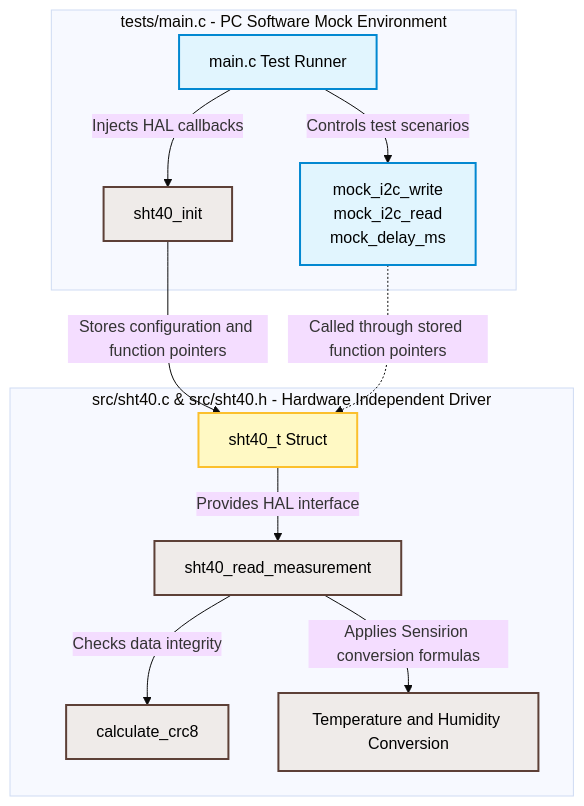
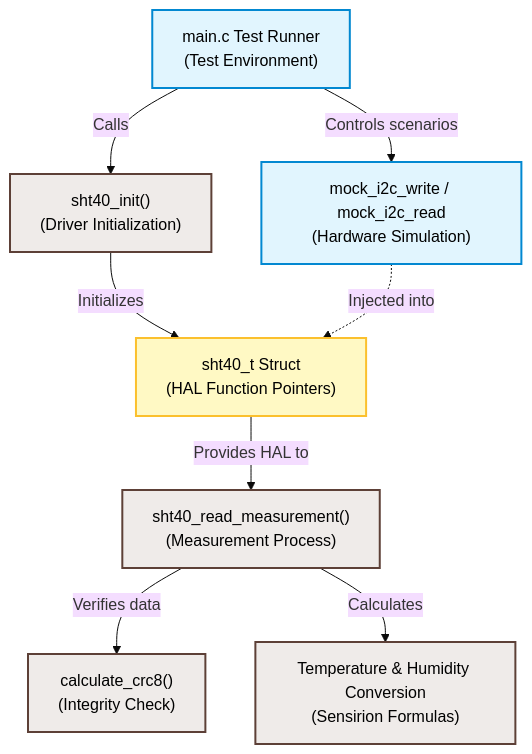
One commit to raphael-embedded/sht40-embedded-driver changed the diagram in README.md. Above: the diagram before and after it, drawn with Mermaid (base theme). The commit also changed other lines of this file, not shown here.

Commit message:
docs: fix file tree rendering and optimize architecture diagram in README

````diff
--- a/README.md
+++ b/README.md
@@ -38,47 +40,31 @@
 ```mermaid
 graph TD
 
 %% Styling
 classDef test fill:#e1f5fe,stroke:#0288d1,stroke-width:2px,color:#000;
 classDef core fill:#efebe9,stroke:#5d4037,stroke-width:2px,color:#000;
 classDef struct fill:#fff9c4,stroke:#fbc02d,stroke-width:2px,color:#000;
 
+%% Komponenten
+M_Main["main.c Test Runner<br/>(Test Environment)"]
+M_Mock["mock_i2c_write / mock_i2c_read<br/>(Hardware Simulation)"]
+M_Init["sht40_init()<br/>(Driver Initialization)"]
+D_Struct["sht40_t Struct<br/>(HAL Function Pointers)"]
+D_Read["sht40_read_measurement()<br/>(Measurement Process)"]
+D_CRC["calculate_crc8()<br/>(Integrity Check)"]
+D_Convert["Temperature & Humidity Conversion<br/>(Sensirion Formulas)"]
 
-%% Test Environment
-subgraph Test_Environment ["tests/main.c - PC Software Mock Environment"]
+%% Verbindungen (Logischer Fluss ohne Kreuzungen)
+M_Main -->|Controls scenarios| M_Mock
+M_Main -->|Calls| M_Init
+M_Init -->|Initializes| D_Struct
+M_Mock -.->|Injected into| D_Struct
+D_Struct -->|Provides HAL to| D_Read
+D_Read -->|Verifies data| D_CRC
+D_Read -->|Calculates| D_Convert
 
-    M_Main["main.c Test Runner"]
-
-    M_Mock["mock_i2c_write<br/>mock_i2c_read<br/>mock_delay_ms"]
-
-    M_Main -->|Injects HAL callbacks| M_Init["sht40_init"]
-    M_Main -->|Controls test scenarios| M_Mock
-
-end
-
-
-%% Driver Core
-subgraph Driver_Core ["src/sht40.c & src/sht40.h - Hardware Independent Driver"]
-
-    M_Init -->|Stores configuration and function pointers| D_Struct["sht40_t Struct"]
-
-    D_Read["sht40_read_measurement"]
-
-    D_Struct -->|Provides HAL interface| D_Read
-
-    D_Read -->|Checks data integrity| D_CRC["calculate_crc8"]
-
-    D_Read -->|Applies Sensirion conversion formulas| D_Convert["Temperature and Humidity Conversion"]
-
-end
-
-
-%% HAL connection
-M_Mock -.->|Called through stored function pointers| D_Struct
-
-
-%% Classes
+%% Zuweisung der Farben
 class M_Main,M_Mock test;
 class M_Init,D_Read,D_CRC,D_Convert core;
 class D_Struct struct;
 ```
````
